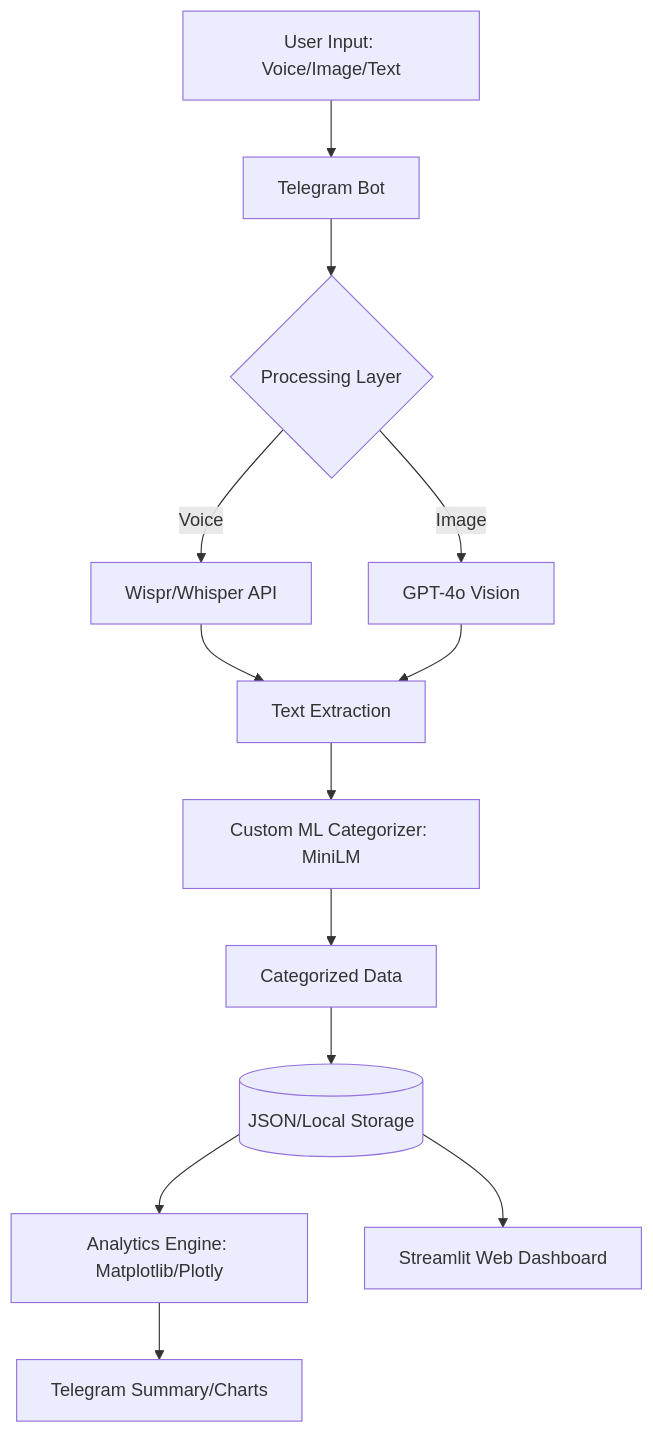
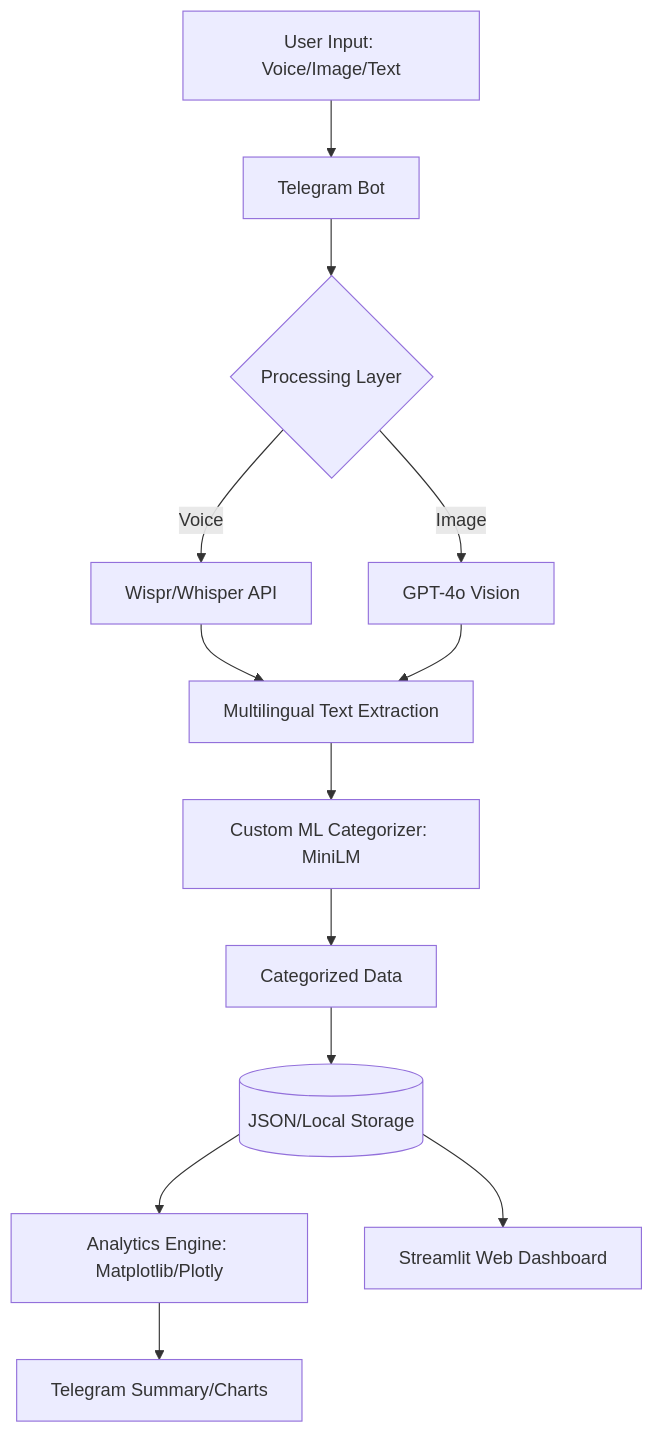
Before and after one commit to Dawn-Fighter/finehance-omni: the diagram in README.md, drawn with Mermaid. The commit also changed other lines of this file, not shown here.

Commit message:
Add South Indian Multilingual support to features and architecture

````diff
--- a/README.md
+++ b/README.md
@@ -50,15 +58,15 @@
 ```mermaid
 graph TD
     A[User Input: Voice/Image/Text] --> B[Telegram Bot]
     B --> C{Processing Layer}
     C -->|Voice| D[Wispr/Whisper API]
     C -->|Image| E[GPT-4o Vision]
-    D --> F[Text Extraction]
+    D --> F[Multilingual Text Extraction]
     E --> F
     F --> G[Custom ML Categorizer: MiniLM]
     G --> H[Categorized Data]
     H --> I[(JSON/Local Storage)]
     I --> J[Analytics Engine: Matplotlib/Plotly]
     J --> K[Telegram Summary/Charts]
     I --> L[Streamlit Web Dashboard]
 ```
````
